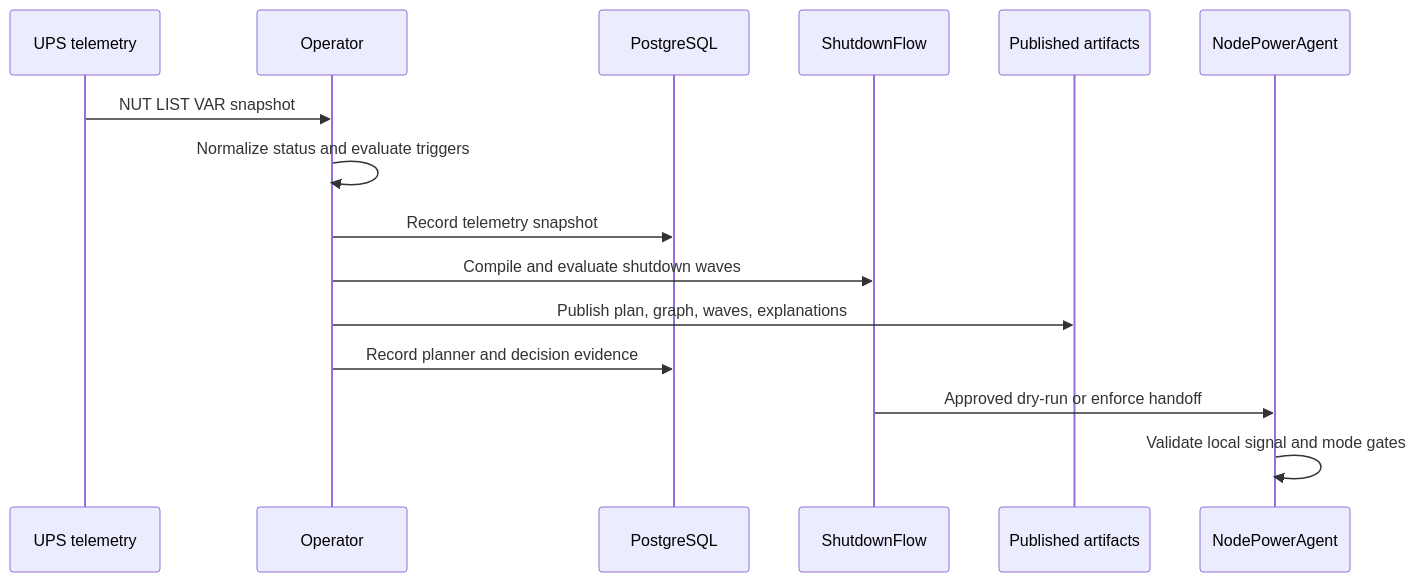
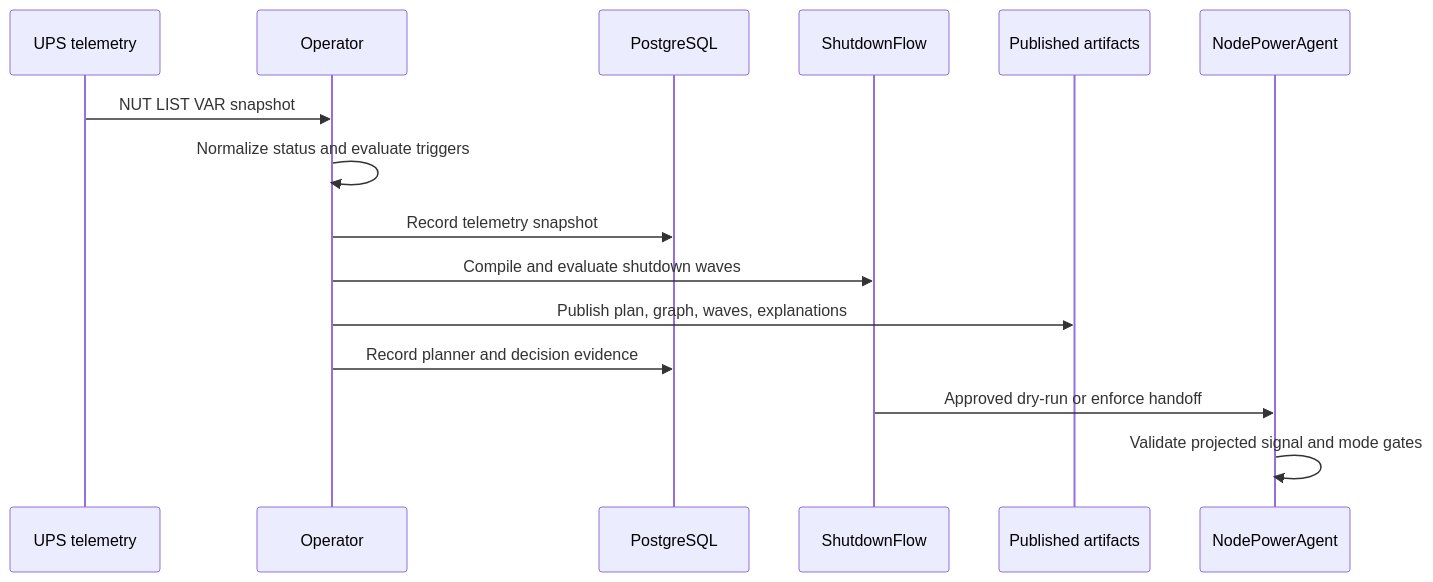
Before and after one commit to MichaelZalud18/nut-operator: the second of 2 diagrams in docs/architecture.md, drawn with Mermaid. The commit also changed other lines of this file and 4 other files, not shown here.

````diff
--- a/docs/architecture.md
+++ b/docs/architecture.md
@@ -157,18 +177,18 @@
 ```mermaid
 sequenceDiagram
   participant UPS as UPS telemetry
   participant Op as Operator
   participant DB as PostgreSQL
   participant Flow as ShutdownFlow
   participant Pub as Published artifacts
   participant Agent as NodePowerAgent
 
   UPS->>Op: NUT LIST VAR snapshot
   Op->>Op: Normalize status and evaluate triggers
   Op->>DB: Record telemetry snapshot
   Op->>Flow: Compile and evaluate shutdown waves
   Op->>Pub: Publish plan, graph, waves, explanations
   Op->>DB: Record planner and decision evidence
   Flow->>Agent: Approved dry-run or enforce handoff
-  Agent->>Agent: Validate local signal and mode gates
+  Agent->>Agent: Validate projected signal and mode gates
 ```
````
